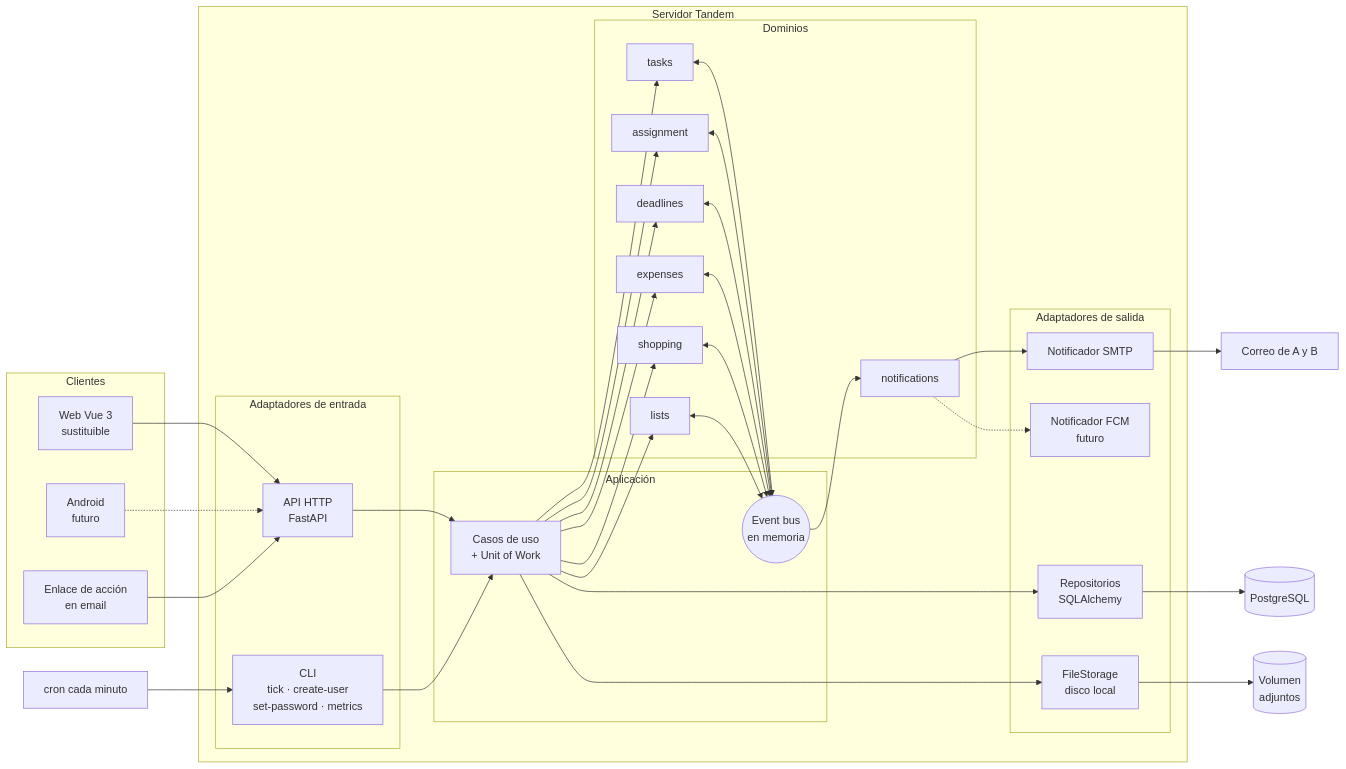
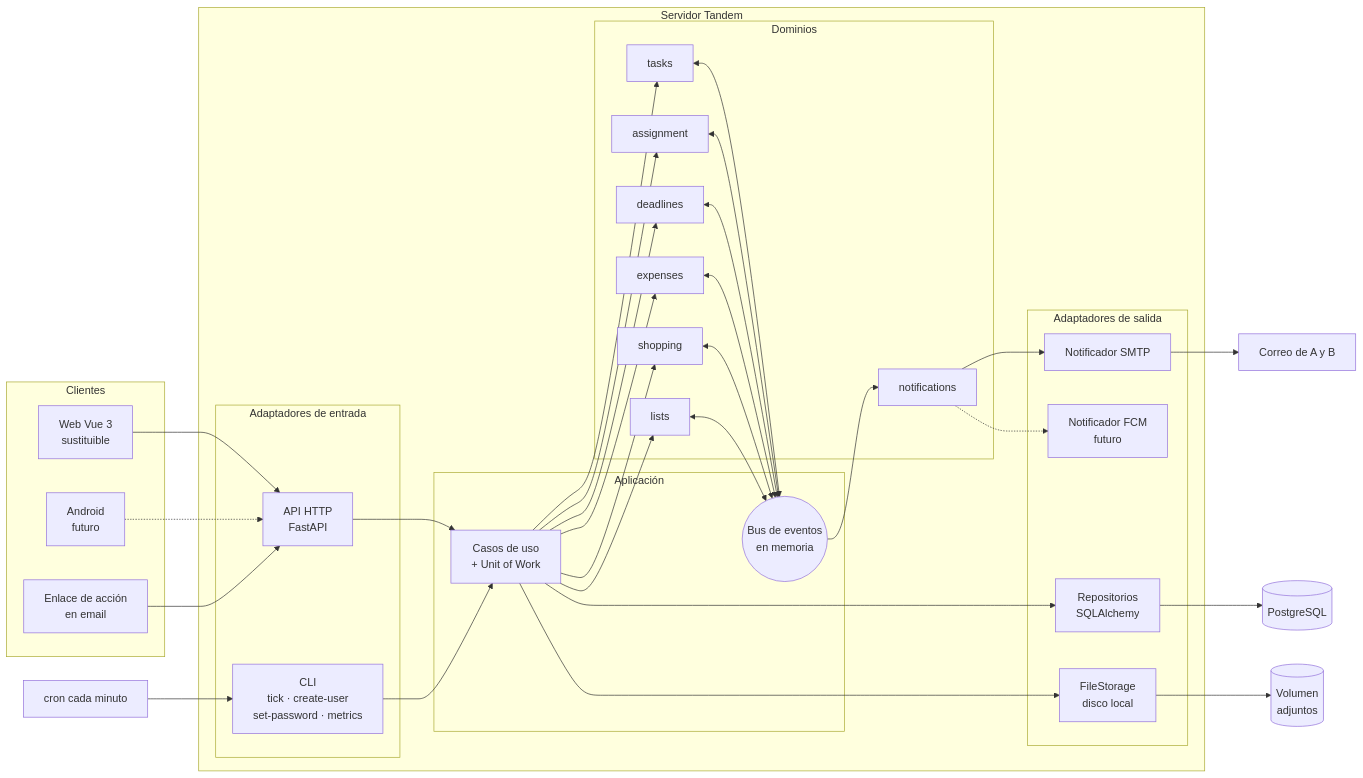
One commit to lologf/AI4Devs-finalproject changed the first of 3 diagrams in readme.md. Above: the diagram before and after it, drawn with Mermaid. The commit also changed other lines of this file and 4 other files, not shown here.

````diff
--- a/readme.md
+++ b/readme.md
@@ -132,51 +132,51 @@
 ```mermaid
 flowchart LR
   subgraph Clientes
     WEB[Web Vue 3<br/>sustituible]
     AND[Android<br/>futuro]
     MAIL_IN[Enlace de acción<br/>en email]
   end
 
   subgraph Servidor Tandem
     subgraph Adaptadores de entrada
       API[API HTTP<br/>FastAPI]
       CLI[CLI<br/>tick · create-user<br/>set-password · metrics]
     end
     subgraph Aplicación
       UC[Casos de uso<br/>+ Unit of Work]
-      BUS((Event bus<br/>en memoria))
+      BUS((Bus de eventos<br/>en memoria))
     end
     subgraph Dominios
       T[tasks]
       AS[assignment]
       D[deadlines]
       E[expenses]
       S[shopping]
       L[lists]
       N[notifications]
     end
     subgraph Adaptadores de salida
       REPO[Repositorios<br/>SQLAlchemy]
       SMTP[Notificador SMTP]
       FS[FileStorage<br/>disco local]
       FCM[Notificador FCM<br/>futuro]
     end
   end
 
   CRON[cron cada minuto] --> CLI
   WEB --> API
   AND -.-> API
   MAIL_IN --> API
   API --> UC
   CLI --> UC
   UC --> T & AS & D & E & S & L
   T & AS & D & E & S & L <--> BUS
   BUS --> N
   UC --> REPO
   REPO --> PG[(PostgreSQL)]
   UC --> FS
   FS --> VOL[(Volumen<br/>adjuntos)]
   N --> SMTP
   N -.-> FCM
   SMTP --> USERS[Correo de A y B]
 ```
````
